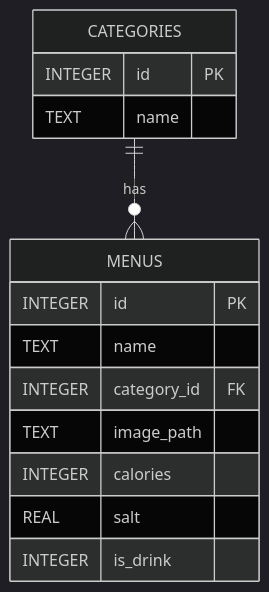
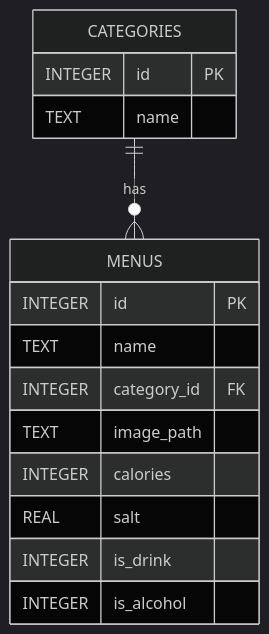
Before and after one commit to ryohidaka/torikizoku-menus: the diagram in docs/database.md, drawn with Mermaid (dark theme). The commit also changed other lines of this file and 6 other files, not shown here.

````diff
--- a/docs/database.md
+++ b/docs/database.md
@@ -5,19 +5,20 @@
 ```mermaid
 erDiagram
     CATEGORIES {
         INTEGER id PK
         TEXT name
     }
 
     MENUS {
         INTEGER id PK
         TEXT name
         INTEGER category_id FK
         TEXT image_path
         INTEGER calories
         REAL salt
         INTEGER is_drink
+        INTEGER is_alcohol
     }
 
     CATEGORIES ||--o{ MENUS: "has"
 ```
````
